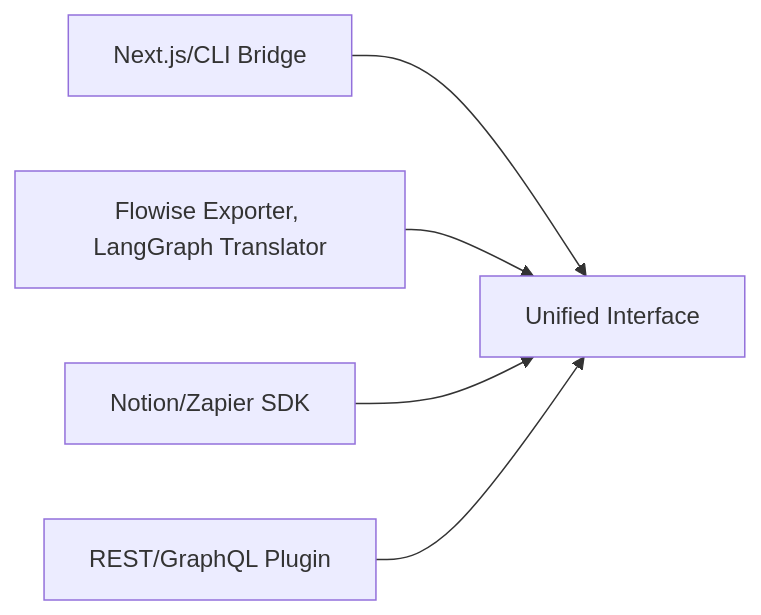
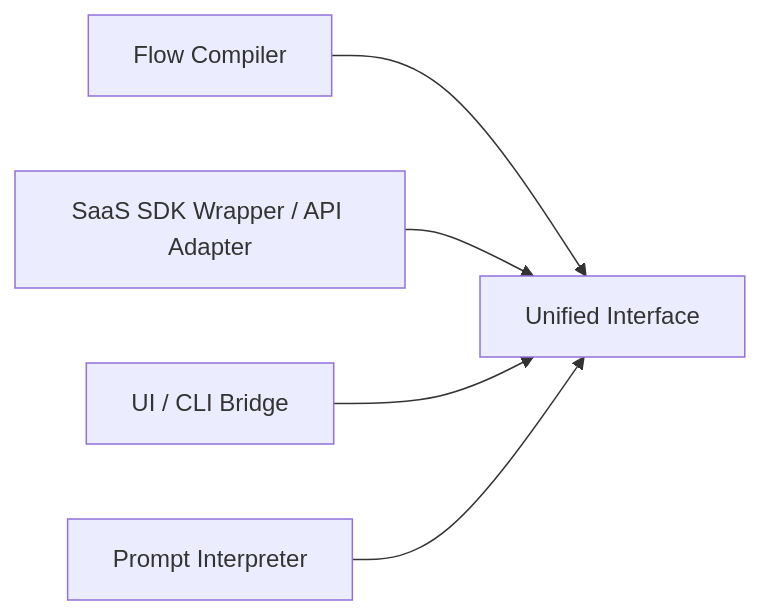
The second of 4 diagrams in README.md (CharmAIOS/CharmOS), drawn with Mermaid before and after one commit.

````diff
--- a/README.md
+++ b/README.md
@@ -44,14 +44,14 @@
 ```mermaid
 flowchart LR
     UI[Unified Interface]
 
-    PL1[Next.js/CLI Bridge]
-    PL2[Flowise Exporter, LangGraph Translator]
-    PL3[Notion/Zapier SDK]
-    PL4[REST/GraphQL Plugin]
+    PL1[Flow Compiler]
+    PL2[SaaS SDK Wrapper / API Adapter]
+    PL3[UI / CLI Bridge]
+    PL4[Prompt Interpreter]
 
     PL1 --> UI
     PL2 --> UI
     PL3 --> UI
     PL4 --> UI
 ```
````
